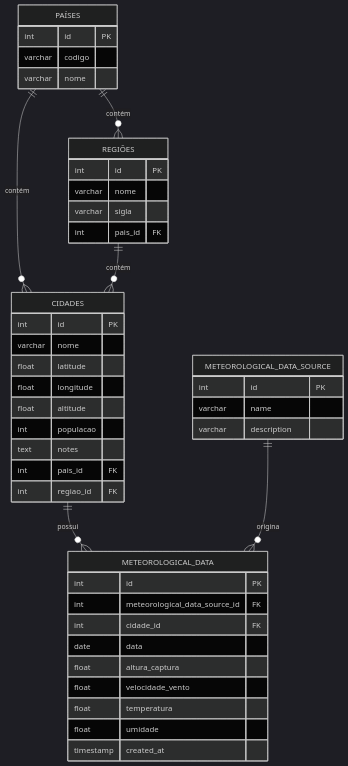
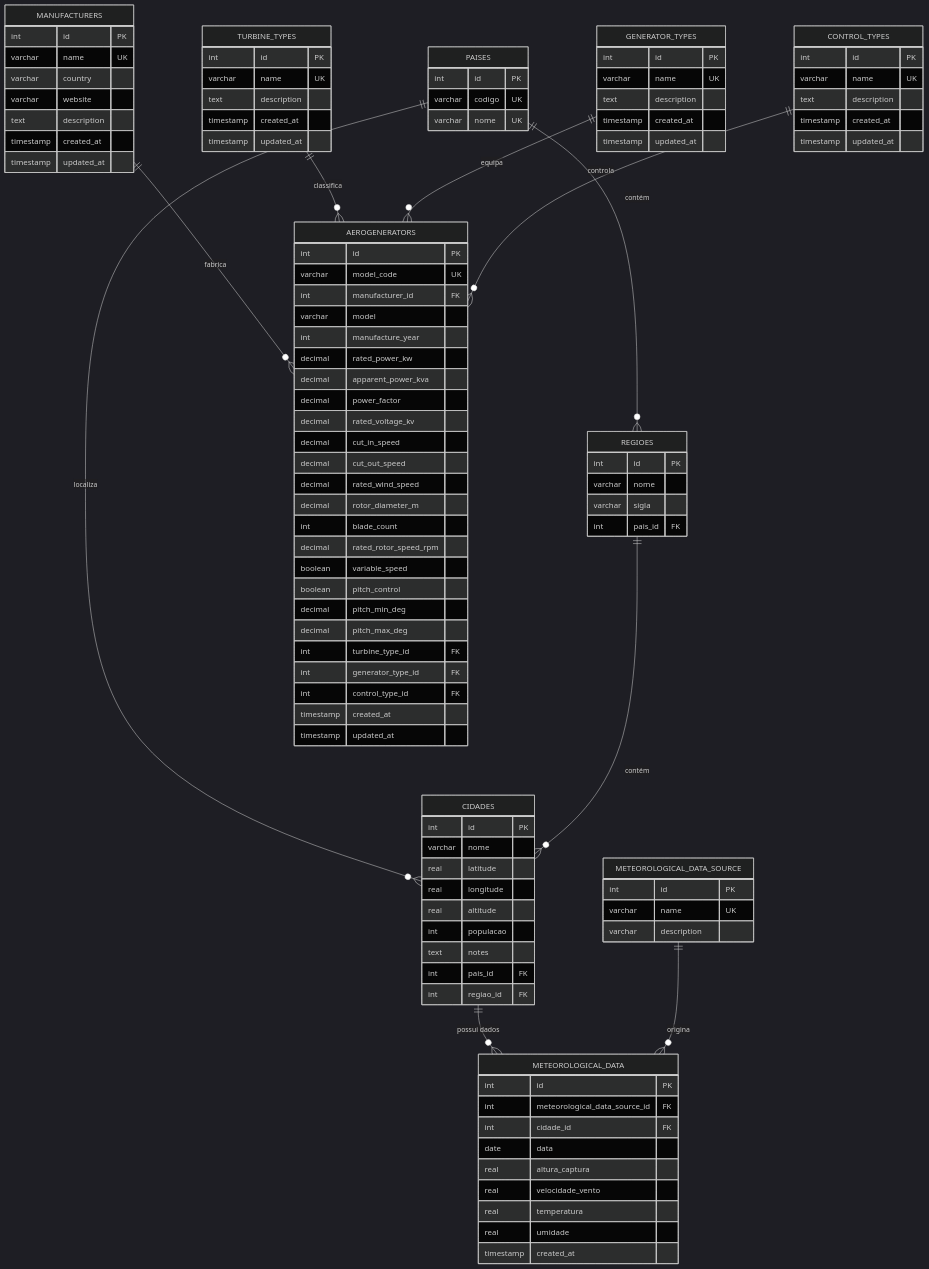
Before and after one commit to andrevn-weg/-Wind_Turbine_Modeling: the first of 5 diagrams in docs/estrutura_do_banco_de_dados.md, drawn with Mermaid (dark theme). The commit also changed other lines of this file and 24 other files, not shown here.

````diff
--- a/docs/estrutura_do_banco_de_dados.md
+++ b/docs/estrutura_do_banco_de_dados.md
@@ -62,47 +363,124 @@
 ```mermaid
 erDiagram
-  PAÍSES ||--o{ REGIÕES : contém
-  PAÍSES ||--o{ CIDADES : contém
-  REGIÕES ||--o{ CIDADES : contém
-  CIDADES ||--o{ METEOROLOGICAL_DATA : possui
-  METEOROLOGICAL_DATA_SOURCE ||--o{ METEOROLOGICAL_DATA : origina
+    %% Domínio Geográfico
+    PAISES ||--o{ REGIOES : "contém"
+    PAISES ||--o{ CIDADES : "localiza"
+    REGIOES ||--o{ CIDADES : "contém"
+    
+    %% Domínio Meteorológico
+    CIDADES ||--o{ METEOROLOGICAL_DATA : "possui dados"
+    METEOROLOGICAL_DATA_SOURCE ||--o{ METEOROLOGICAL_DATA : "origina"
+    
+    %% Domínio de Turbinas
+    MANUFACTURERS ||--o{ AEROGENERATORS : "fabrica"
+    TURBINE_TYPES ||--o{ AEROGENERATORS : "classifica"
+    GENERATOR_TYPES ||--o{ AEROGENERATORS : "equipa"
+    CONTROL_TYPES ||--o{ AEROGENERATORS : "controla"
 
-  PAÍSES {
-    int id PK
-    varchar codigo
-    varchar nome
-  }
-  REGIÕES {
-    int id PK
-    varchar nome
-    varchar sigla
-    int pais_id FK
-  }
-  CIDADES {
-    int id PK
-    varchar nome
-    float latitude
-    float longitude
-    float altitude
-    int populacao
-    text notes
-    int pais_id FK
-    int regiao_id FK
-  }
-  METEOROLOGICAL_DATA_SOURCE {
-    int id PK
-    varchar name
-    varchar description
-  }
-  METEOROLOGICAL_DATA {
-    int id PK
-    int meteorological_data_source_id FK
-    int cidade_id FK
-    date data
-    float altura_captura
-    float velocidade_vento
-    float temperatura
-    float umidade
-    timestamp created_at
-  }
+    %% Entidades Geográficas
+    PAISES {
+        int id PK
+        varchar codigo UK
+        varchar nome UK
+    }
+    
+    REGIOES {
+        int id PK
+        varchar nome
+        varchar sigla
+        int pais_id FK
+    }
+    
+    CIDADES {
+        int id PK
+        varchar nome
+        real latitude
+        real longitude
+        real altitude
+        int populacao
+        text notes
+        int pais_id FK
+        int regiao_id FK
+    }
+    
+    %% Entidades Meteorológicas
+    METEOROLOGICAL_DATA_SOURCE {
+        int id PK
+        varchar name UK
+        varchar description
+    }
+    
+    METEOROLOGICAL_DATA {
+        int id PK
+        int meteorological_data_source_id FK
+        int cidade_id FK
+        date data
+        real altura_captura
+        real velocidade_vento
+        real temperatura
+        real umidade
+        timestamp created_at
+    }
+    
+    %% Entidades de Turbinas
+    MANUFACTURERS {
+        int id PK
+        varchar name UK
+        varchar country
+        varchar website
+        text description
+        timestamp created_at
+        timestamp updated_at
+    }
+    
+    TURBINE_TYPES {
+        int id PK
+        varchar name UK
+        text description
+        timestamp created_at
+        timestamp updated_at
+    }
+    
+    GENERATOR_TYPES {
+        int id PK
+        varchar name UK
+        text description
+        timestamp created_at
+        timestamp updated_at
+    }
+    
+    CONTROL_TYPES {
+        int id PK
+        varchar name UK
+        text description
+        timestamp created_at
+        timestamp updated_at
+    }
+    
+    AEROGENERATORS {
+        int id PK
+        varchar model_code UK
+        int manufacturer_id FK
+        varchar model
+        int manufacture_year
+        decimal rated_power_kw
+        decimal apparent_power_kva
+        decimal power_factor
+        decimal rated_voltage_kv
+        decimal cut_in_speed
+        decimal cut_out_speed
+        decimal rated_wind_speed
+        decimal rotor_diameter_m
+        int blade_count
+        decimal rated_rotor_speed_rpm
+        boolean variable_speed
+        boolean pitch_control
+        decimal pitch_min_deg
+        decimal pitch_max_deg
+        int turbine_type_id FK
+        int generator_type_id FK
+        int control_type_id FK
+        timestamp created_at
+        timestamp updated_at
+    }
 ```
````
